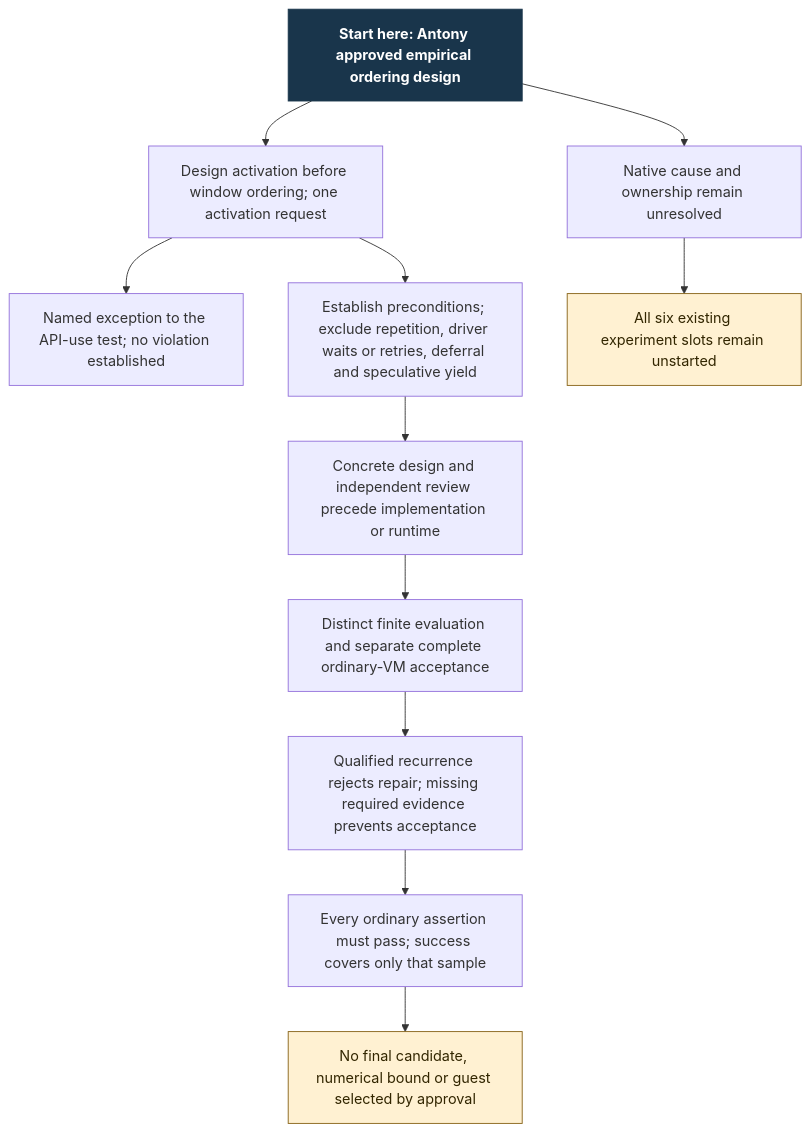
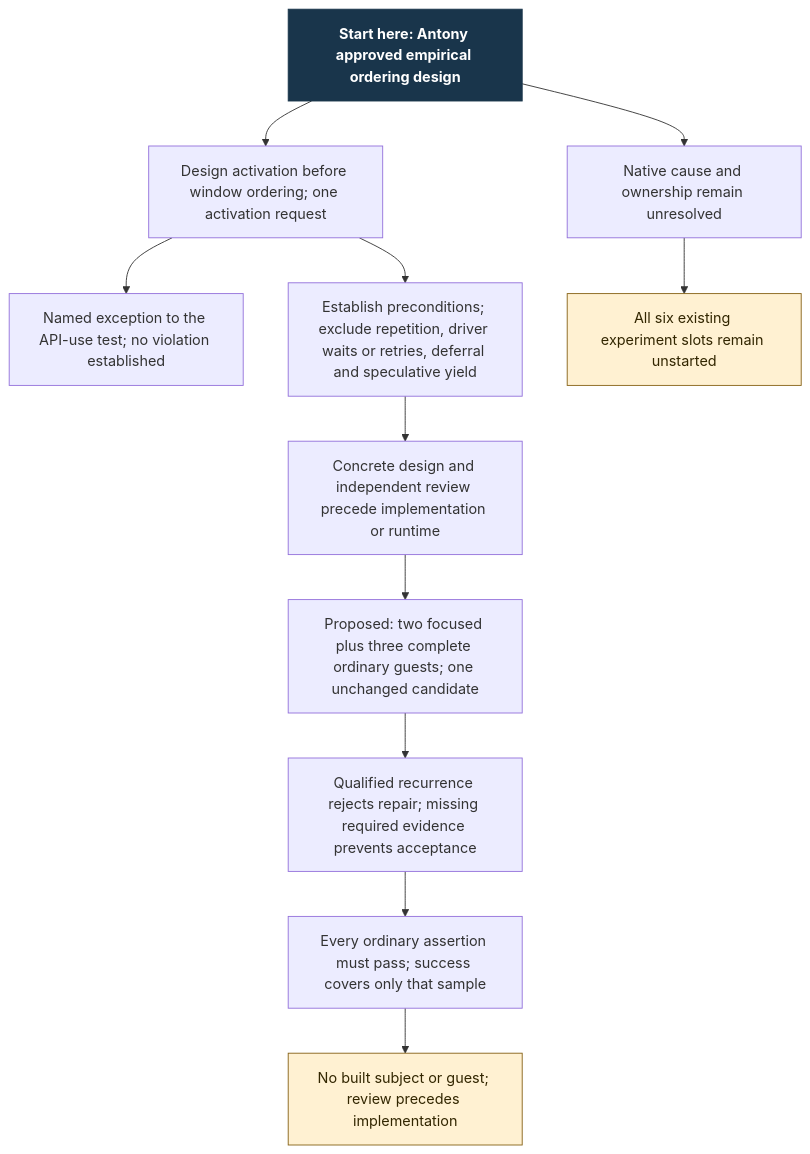
One commit to Linkuistics/Koine changed the diagram in docs/design/architecture/settings-activation/scope-choice.mmd. Above: the diagram before and after it, drawn with Mermaid. The commit also changed 21 other files, not shown here.

Commit message:
settings-activation-ordering-evaluation-k49: define single-request ordering and finite evaluation

```diff
--- a/docs/design/architecture/settings-activation/scope-choice.mmd
+++ b/docs/design/architecture/settings-activation/scope-choice.mmd
@@ -1,14 +1,14 @@
 flowchart TD
     S["Start here: Antony approved empirical ordering design"]:::start
     S --> A["Design activation before window ordering; one activation request"]
     A --> J["Named exception to the API-use test; no violation established"]
     A --> A1["Establish preconditions; exclude repetition, driver waits or retries, deferral and speculative yield"]
     A1 --> A2["Concrete design and independent review precede implementation or runtime"]
-    A2 --> T["Distinct finite evaluation and separate complete ordinary-VM acceptance"]
+    A2 --> T["Proposed: two focused plus three complete ordinary guests; one unchanged candidate"]
     T --> F["Qualified recurrence rejects repair; missing required evidence prevents acceptance"]
     F --> P["Every ordinary assertion must pass; success covers only that sample"]
     S --> C["Native cause and ownership remain unresolved"]
     C --> H["All six existing experiment slots remain unstarted"]:::hold
-    P --> N["No final candidate, numerical bound or guest selected by approval"]:::hold
+    P --> N["No built subject or guest; review precedes implementation"]:::hold
     classDef start fill:#19354b,color:#fff,font-weight:bold,stroke:#19354b
     classDef hold fill:#fff1d2,color:#322600,stroke:#866216
```
